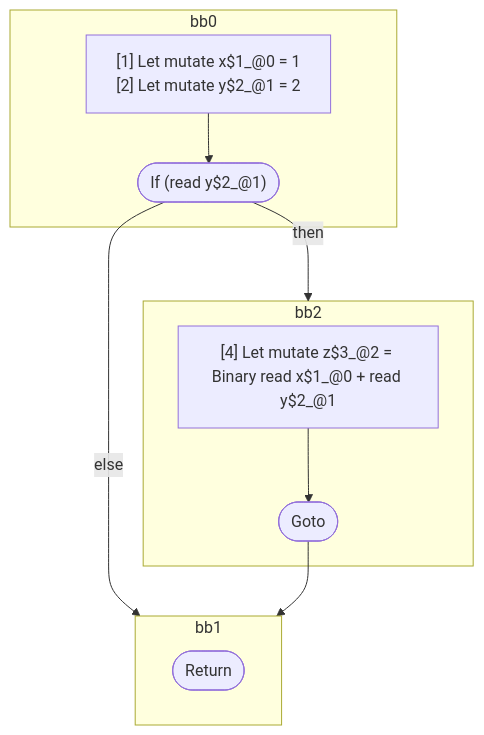
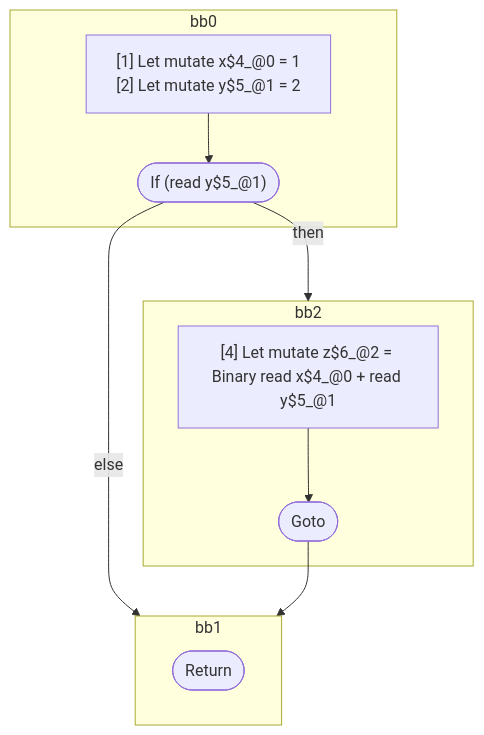
Before and after one commit to wutsmog/private: the diagram in compiler/forget/src/__tests__/fixtures/hir/ssa-single-if.expect.md, drawn with Mermaid. The commit also changed other lines of this file and 59 other files, not shown here.

````diff
--- a/compiler/forget/src/__tests__/fixtures/hir/ssa-single-if.expect.md
+++ b/compiler/forget/src/__tests__/fixtures/hir/ssa-single-if.expect.md
@@ -34,26 +34,26 @@
 ```mermaid
 flowchart TB
   %% Basic Blocks
   subgraph bb0
     bb0_instrs["
-      [1] Let mutate x$1_@0 = 1
-      [2] Let mutate y$2_@1 = 2
+      [1] Let mutate x$4_@0 = 1
+      [2] Let mutate y$5_@1 = 2
     "]
-    bb0_instrs --> bb0_terminal(["If (read y$2_@1)"])
+    bb0_instrs --> bb0_terminal(["If (read y$5_@1)"])
   end
   subgraph bb2
     bb2_instrs["
-      [4] Let mutate z$3_@2 = Binary read x$1_@0 + read y$2_@1
+      [4] Let mutate z$6_@2 = Binary read x$4_@0 + read y$5_@1
     "]
     bb2_instrs --> bb2_terminal(["Goto"])
   end
   subgraph bb1
     bb1_terminal(["Return"])
   end
 
   %% Jumps
   bb0_terminal -- "then" --> bb2
   bb0_terminal -- "else" --> bb1
   bb2_terminal --> bb1
 
 ```
````
